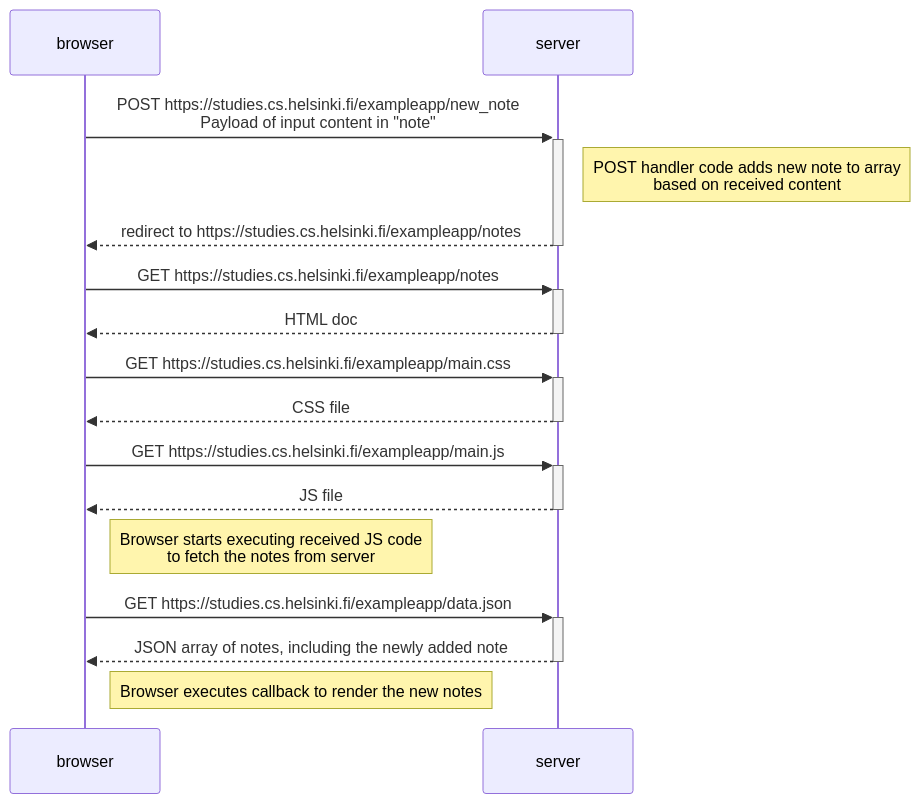
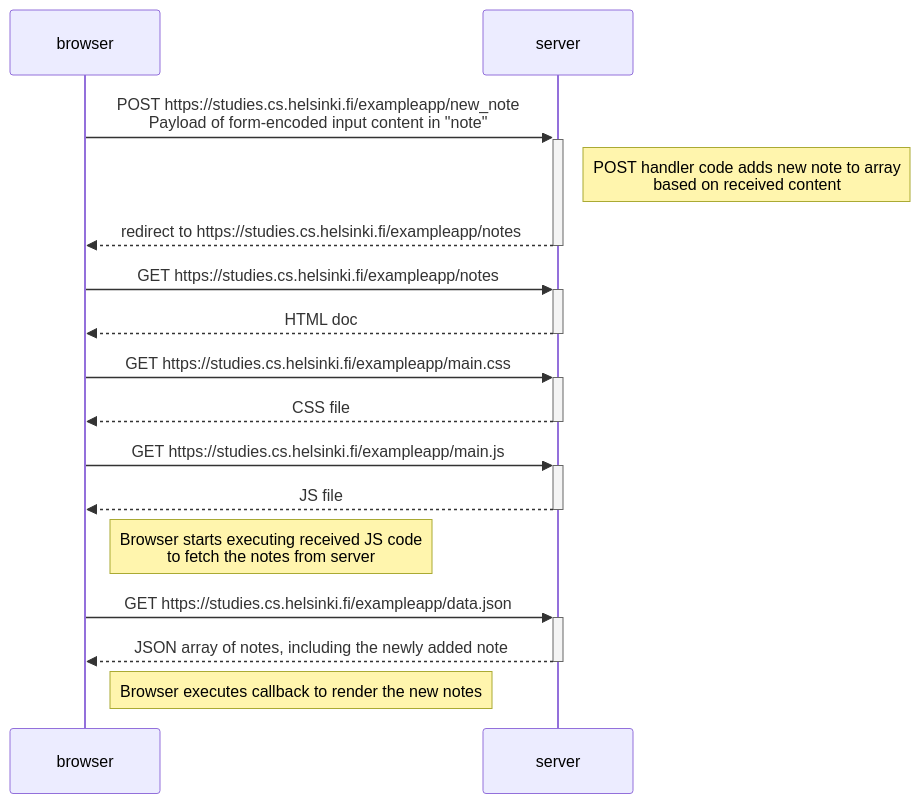
The diagram in part0/0.4 new_note_diagram.md (winningMove/full-stack-open), drawn with Mermaid before and after one commit. The commit also changed other lines of this file, not shown here.

````diff
--- a/part0/0.4 new_note_diagram.md
+++ b/part0/0.4 new_note_diagram.md
@@ -3,23 +3,23 @@
 ```mermaid
 sequenceDiagram
   participant B as browser
   participant S as server
 
-  B->>+S: POST https://studies.cs.helsinki.fi/exampleapp/new_note<br>Payload of input content in "note"
+  B->>+S: POST https://studies.cs.helsinki.fi/exampleapp/new_note<br>Payload of form-encoded input content in "note"
   Note right of S: POST handler code adds new note to array<br>based on received content
   S-->>-B: redirect to https://studies.cs.helsinki.fi/exampleapp/notes
 
   B->>+S: GET https://studies.cs.helsinki.fi/exampleapp/notes
   S-->>-B: HTML doc
 
   B->>+S: GET https://studies.cs.helsinki.fi/exampleapp/main.css
   S-->>-B: CSS file
 
   B->>+S: GET https://studies.cs.helsinki.fi/exampleapp/main.js
   S-->>-B: JS file
   Note right of B: Browser starts executing received JS code<br>to fetch the notes from server
 
   B->>+S: GET https://studies.cs.helsinki.fi/exampleapp/data.json
   S-->>-B: JSON array of notes, including the newly added note
   Note right of B: Browser executes callback to render the new notes
 ```
````
